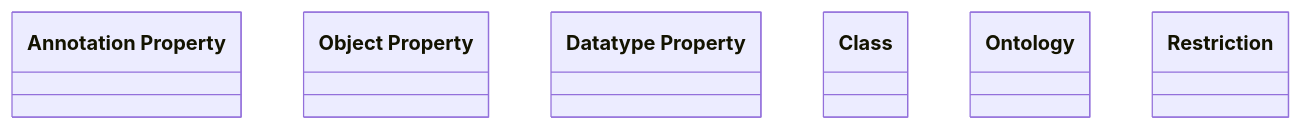
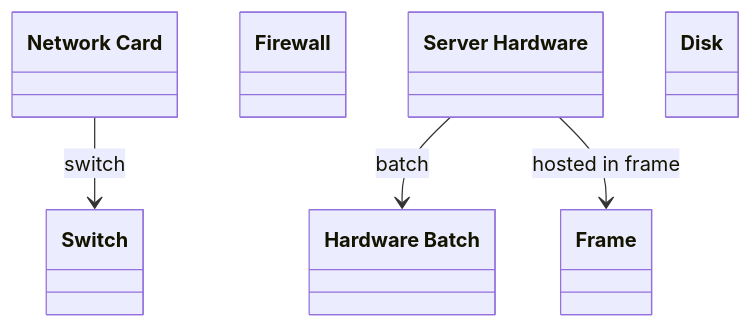
Before and after one commit to oeg-upm/Devos: the diagram in output/ieswc_leng/hardware.ttl-leng-7-0-hard.md, drawn with Mermaid. The commit also changed 267 other files, not shown here.

````diff
--- a/output/ieswc_leng/hardware.ttl-leng-7-0-hard.md
+++ b/output/ieswc_leng/hardware.ttl-leng-7-0-hard.md
@@ -1,31 +1,41 @@
 ```mermaid
 	classDiagram
 
     
-    class `Annotation Property` {
+    class `Network Card` {
     
     }
 
-    class `Object Property` {
+    class `Firewall` {
     
     }
 
-    class `Datatype Property` {
+    class `Frame` {
     
     }
 
-    class `Class` {
+    class `Switch` {
     
     }
 
-    class `Ontology` {
+    class `Hardware Batch` {
     
     }
 
-    class `Restriction` {
+    class `Server Hardware` {
+    
+    }
+
+    class `Disk` {
     
     }
 
 
 
+`Server Hardware`  --> `Hardware Batch`   :batch  
+
+`Network Card`  --> `Switch`   :switch  
+
+`Server Hardware`  --> `Frame`   :hosted in frame  
+
 ```
````
